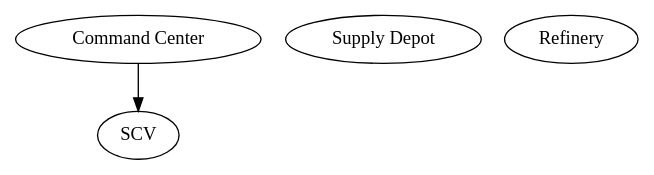
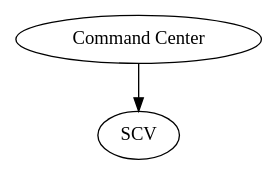
The diagram in nova/SCTechTreeManager/Strategies/Templates/Terran/rax_fe.dot (mikewkozak/IRE), drawn with Graphviz before and after one commit. The commit also changed 35 other files, not shown here.

Commit message:
updating graphviz representation to fix merging problem and adding screenshots from sample matches

```diff
--- a/nova/SCTechTreeManager/Strategies/Templates/Terran/rax_fe.dot
+++ b/nova/SCTechTreeManager/Strategies/Templates/Terran/rax_fe.dot
@@ -1,7 +1,5 @@
 digraph G {
-"Command Center" [depth=0, penwidth=1, strength=1];
-"Supply Depot" [depth=2147483647, penwidth=1, strength=1];
-Refinery [depth=2147483647, penwidth=1, strength=1];
-SCV [depth=1, penwidth=1, strength=1];
-"Command Center"->SCV ;
+0 [depth=0, label="Command Center", penwidth=1, strength=1, x=0, y=0, z=0];
+1 [depth=1, label=SCV, penwidth=1, strength=1, x=0, y=0, z=0];
+0->1 ;
 }
```
